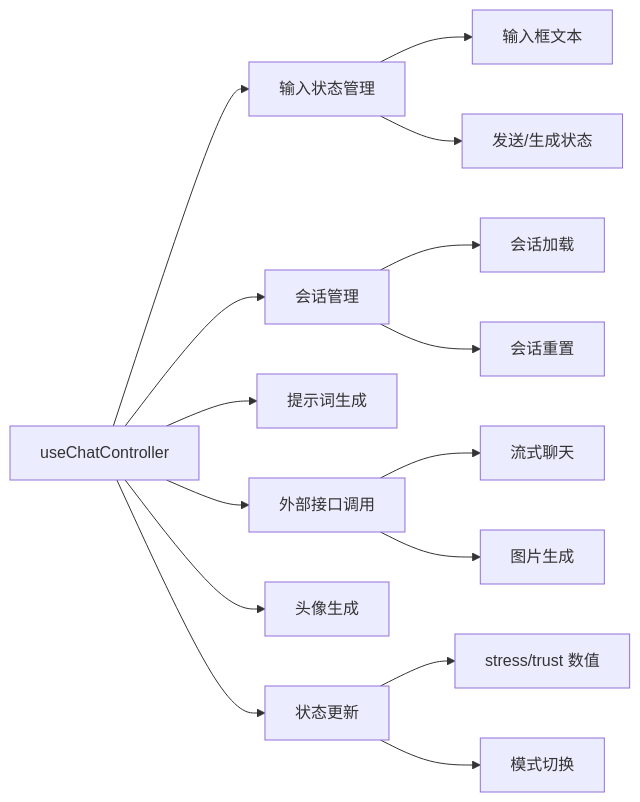
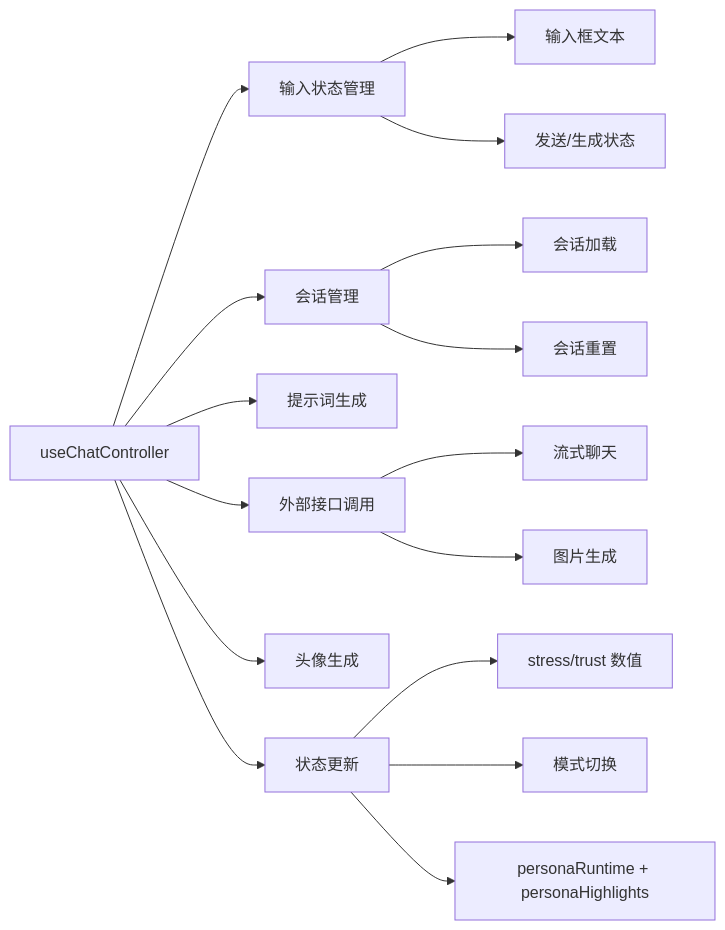
One commit to SaltedFish-No1/npc changed the fourth of 10 diagrams in web/docs/web-arch.md. Above: the diagram before and after it, drawn with Mermaid. The commit also changed other lines of this file and 62 other files, not shown here.

````diff
--- a/web/docs/web-arch.md
+++ b/web/docs/web-arch.md
@@ -124,17 +130,18 @@
 ```mermaid
 flowchart LR
     A[useChatController] --> B[输入状态管理]
     A --> C[会话管理]
     A --> D[提示词生成]
     A --> E[外部接口调用]
     A --> F[头像生成]
     A --> G[状态更新]
     B --> H[输入框文本]
     B --> I[发送/生成状态]
     C --> J[会话加载]
     C --> K[会话重置]
     E --> L[流式聊天]
     E --> M[图片生成]
     G --> N[stress/trust 数值]
     G --> O[模式切换]
+    G --> P[personaRuntime + personaHighlights]
 ```
````
